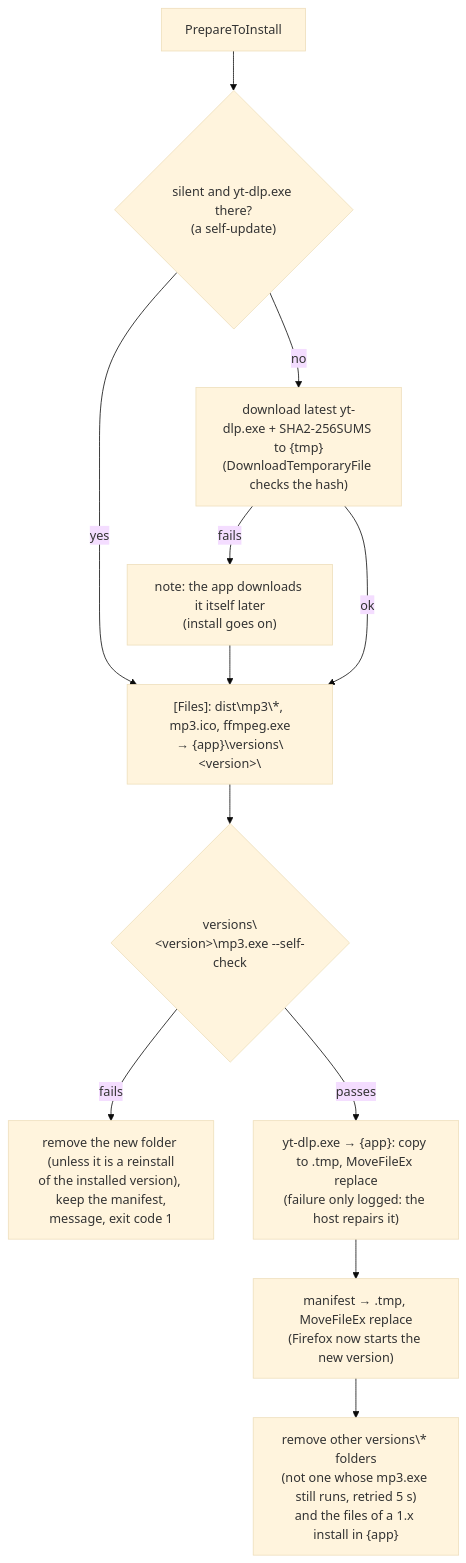
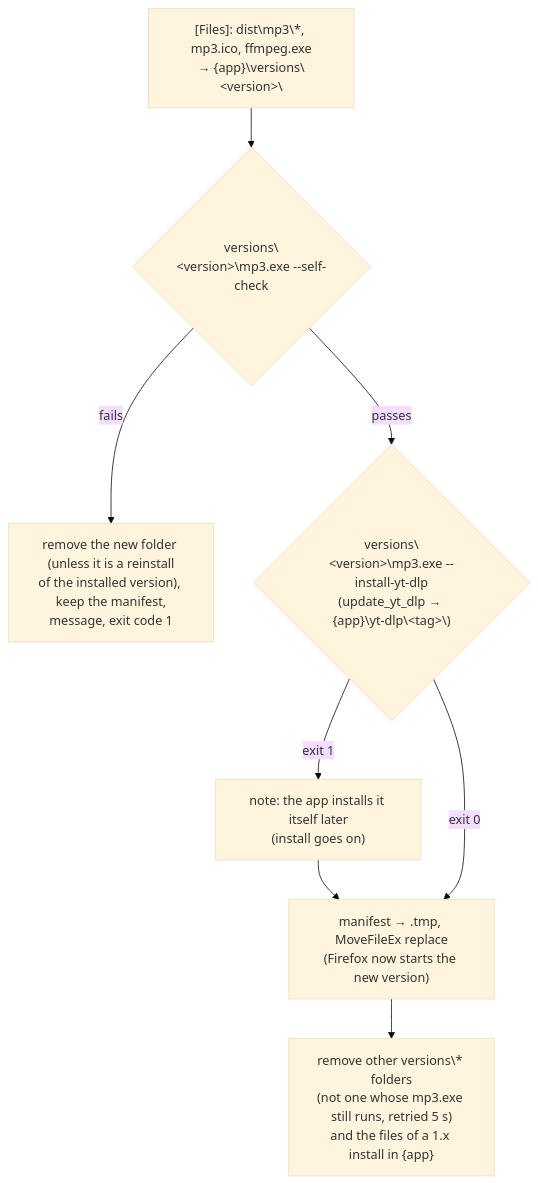
Diagram 15 of 22 in ARCHITECTURE.md (martin-iflap/YT-MP3-Downloader), drawn with Mermaid (base theme) before and after one commit. The commit also changed other lines of this file and 5 other files, not shown here.

````diff
--- a/ARCHITECTURE.md
+++ b/ARCHITECTURE.md
@@ -878,13 +880,10 @@
 ```mermaid
 flowchart TB
-    P["PrepareToInstall"] --> PS{"silent and yt-dlp.exe there?<br/>(a self-update)"}
-    PS -- yes --> F
-    PS -- no --> YD["download latest yt-dlp.exe + SHA2-256SUMS to {tmp}<br/>(DownloadTemporaryFile checks the hash)"]
-    YD -- "fails" --> MSG["note: the app downloads it itself later<br/>(install goes on)"] --> F
-    YD -- ok --> F
     F["[Files]: dist\mp3\*, mp3.ico, ffmpeg.exe<br/>→ {app}\versions\&lt;version&gt;\"] --> SC{"versions\&lt;version&gt;\mp3.exe --self-check"}
     SC -- "fails" --> FAIL["remove the new folder (unless it is a reinstall<br/>of the installed version), keep the manifest,<br/>message, exit code 1"]
-    SC -- passes --> Y["yt-dlp.exe → {app}: copy to .tmp, MoveFileEx replace<br/>(failure only logged: the host repairs it)"]
-    Y --> M["manifest → .tmp, MoveFileEx replace<br/>(Firefox now starts the new version)"]
+    SC -- passes --> Y{"versions\&lt;version&gt;\mp3.exe --install-yt-dlp<br/>(update_yt_dlp → {app}\yt-dlp\&lt;tag&gt;\)"}
+    Y -- "exit 1" --> MSG["note: the app installs it itself later<br/>(install goes on)"] --> M
+    Y -- "exit 0" --> M
+    M["manifest → .tmp, MoveFileEx replace<br/>(Firefox now starts the new version)"]
     M --> RM["remove other versions\* folders<br/>(not one whose mp3.exe still runs, retried 5 s)<br/>and the files of a 1.x install in {app}"]
 ```
````
